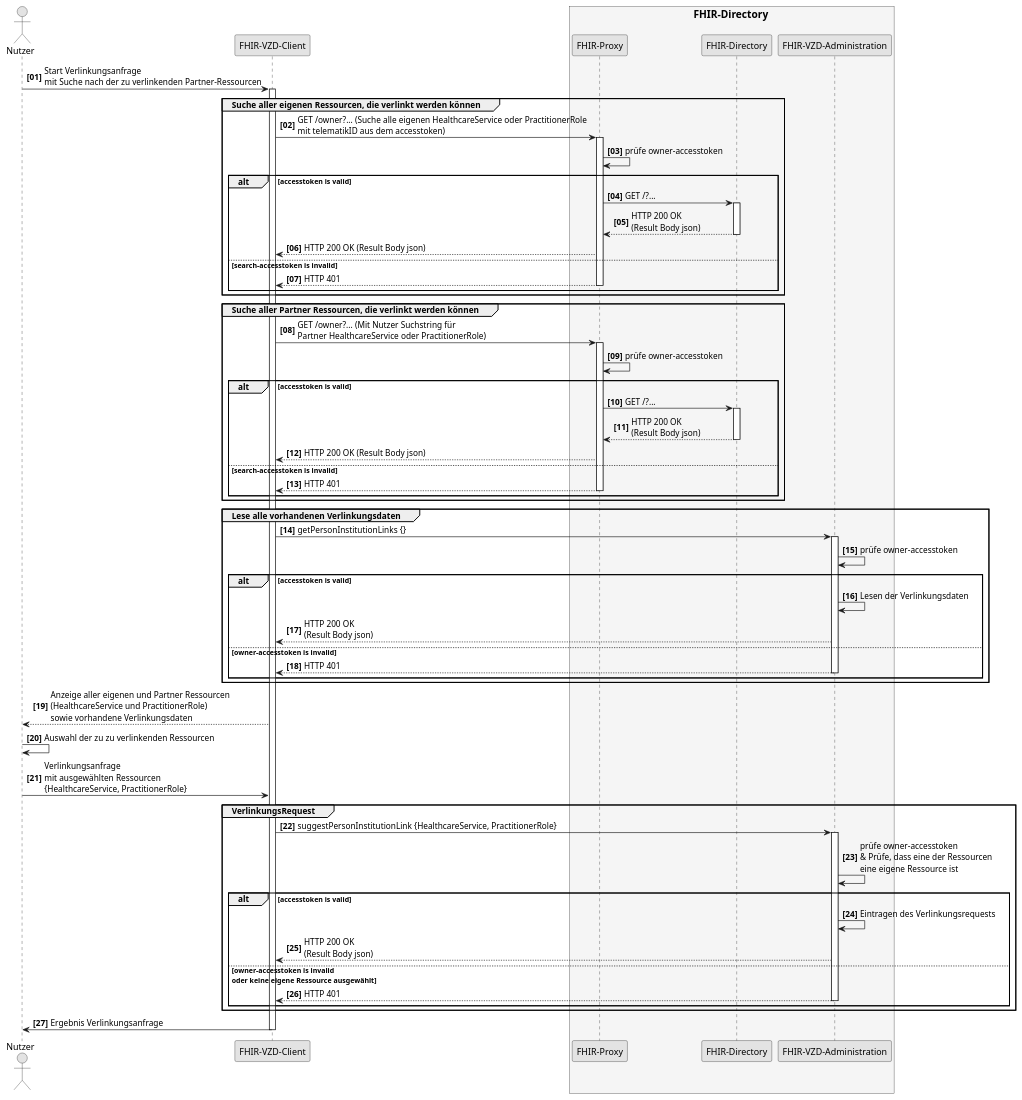
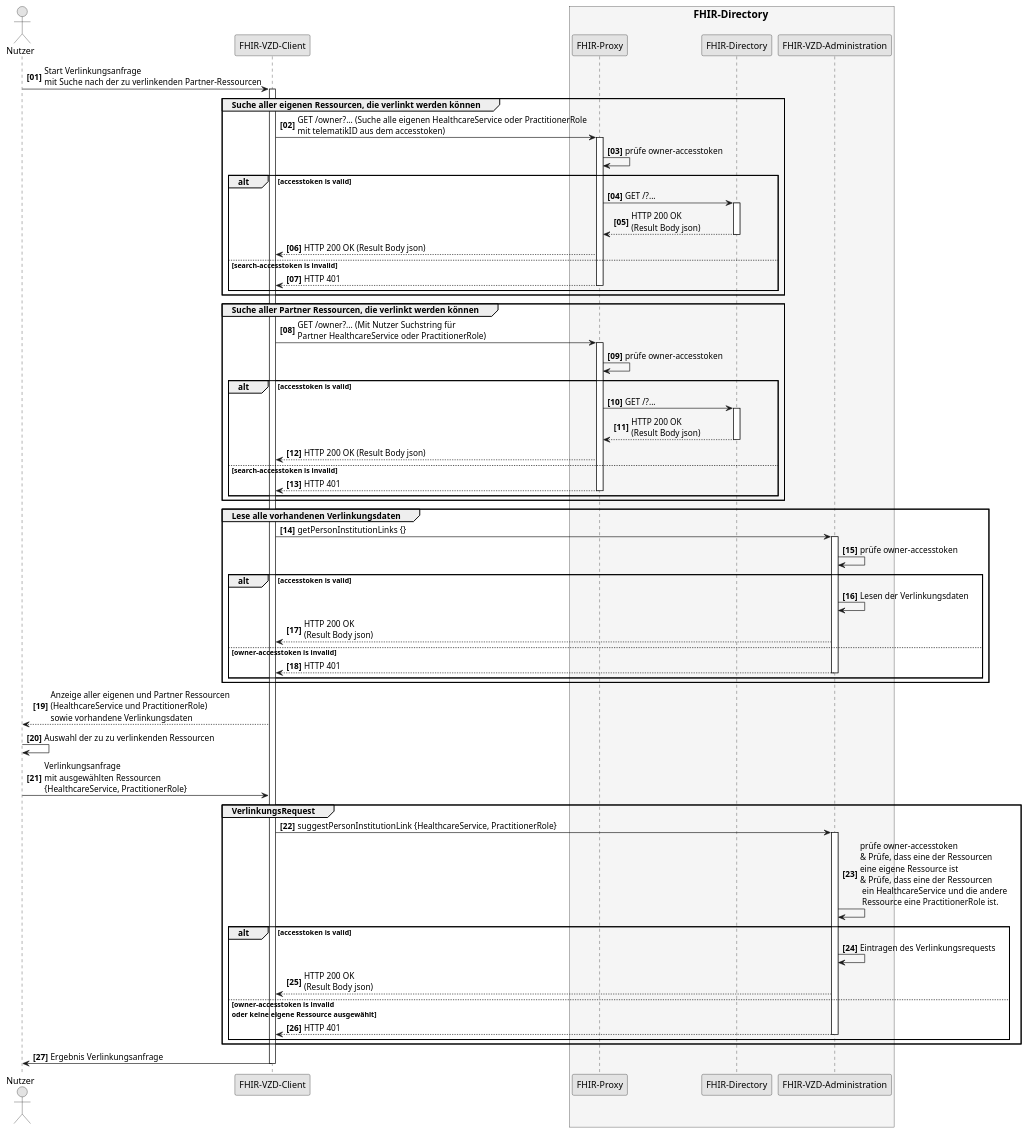
Before and after one commit to gematik/api-vzd: the diagram in src/plantuml/SequenceDiagram.FHIR-Directory.LinkRequest.puml, drawn with PlantUML.

Commit message:
Update SequenceDiagram.FHIR-Directory.LinkRequest.puml
Prüfung der Verlinkungspartner erweitert

```diff
--- a/src/plantuml/SequenceDiagram.FHIR-Directory.LinkRequest.puml
+++ b/src/plantuml/SequenceDiagram.FHIR-Directory.LinkRequest.puml
@@ -1,90 +1,90 @@
 @startuml SequenceDiagram.FHIR-Directory.linkRequest
 skinparam dpi 100
 skinparam WrapWidth 200
 skinparam monochrome true
 autonumber "<b>[00]"
 
 'title "FHIR-Directory, Sequenzdiagram link request'
 actor Nutzer
 participant cl as "FHIR-VZD-Client"
 box <size:16>FHIR-Directory</size> #WhiteSmoke
   participant fp as "FHIR-Proxy"
   participant fd as "FHIR-Directory"
   participant fa as "FHIR-VZD-Administration"
 end box
 
 Nutzer -> cl:Start Verlinkungsanfrage \nmit Suche nach der zu verlinkenden Partner-Ressourcen
 activate cl
 
 group Suche aller eigenen Ressourcen, die verlinkt werden können
   cl -> fp: GET /owner?... (Suche alle eigenen HealthcareService oder PractitionerRole \nmit telematikID aus dem accesstoken)
   activate fp
   fp -> fp: prüfe owner-accesstoken
 
     alt accesstoken is valid
       fp -> fd: GET /?...
       activate fd
       fd --> fp: HTTP 200 OK\n(Result Body json)
       deactivate fd
       fp --> cl: HTTP 200 OK (Result Body json)
      else search-accesstoken is invalid
       fp --> cl: HTTP 401
       deactivate fp
      end
 end
 
 group Suche aller Partner Ressourcen, die verlinkt werden können
   cl -> fp: GET /owner?... (Mit Nutzer Suchstring für \nPartner HealthcareService oder PractitionerRole)
   activate fp
   fp -> fp: prüfe owner-accesstoken
 
     alt accesstoken is valid
       fp -> fd: GET /?...
       activate fd
       fd --> fp: HTTP 200 OK\n(Result Body json)
       deactivate fd
       fp --> cl: HTTP 200 OK (Result Body json)
      else search-accesstoken is invalid
       fp --> cl: HTTP 401
       deactivate fp
      end
 end
 
 group Lese alle vorhandenen Verlinkungsdaten
   cl -> fa: getPersonInstitutionLinks {}
   activate fa
   fa -> fa: prüfe owner-accesstoken
     alt accesstoken is valid
       fa -> fa: Lesen der Verlinkungsdaten
       fa --> cl: HTTP 200 OK\n(Result Body json)
       
      else owner-accesstoken is invalid
       fa --> cl: HTTP 401
       deactivate fa
      end
 end
 
 cl --> Nutzer:Anzeige aller eigenen und Partner Ressourcen \n(HealthcareService und PractitionerRole) \nsowie vorhandene Verlinkungsdaten
 Nutzer -> Nutzer: Auswahl der zu zu verlinkenden Ressourcen
 Nutzer -> cl: Verlinkungsanfrage \nmit ausgewählten Ressourcen \n{HealthcareService, PractitionerRole}
 
 group VerlinkungsRequest
   cl -> fa: suggestPersonInstitutionLink {HealthcareService, PractitionerRole}
   activate fa
-  fa -> fa: prüfe owner-accesstoken\n& Prüfe, dass eine der Ressourcen \neine eigene Ressource ist
+  fa -> fa: prüfe owner-accesstoken\n& Prüfe, dass eine der Ressourcen \neine eigene Ressource ist\n& Prüfe, dass eine der Ressourcen\n ein HealthcareService und die andere\n Ressource eine PractitionerRole ist.
 
     alt accesstoken is valid
       fa -> fa: Eintragen des Verlinkungsrequests
       fa --> cl: HTTP 200 OK\n(Result Body json)
       
      else owner-accesstoken is invalid\noder keine eigene Ressource ausgewählt
       fa --> cl: HTTP 401
       deactivate fa
      end
 end
 
 cl -> Nutzer: Ergebnis Verlinkungsanfrage
 
 deactivate cl
 
 @enduml
```
